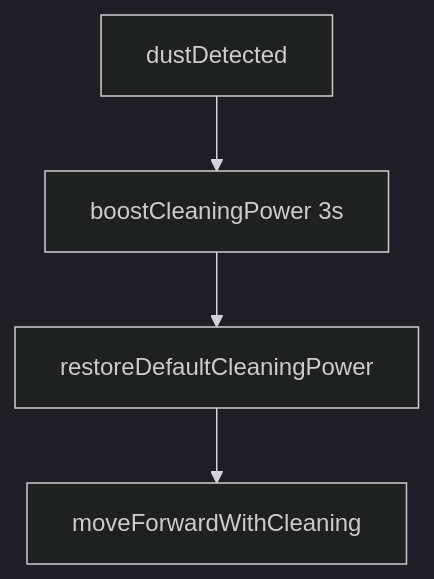
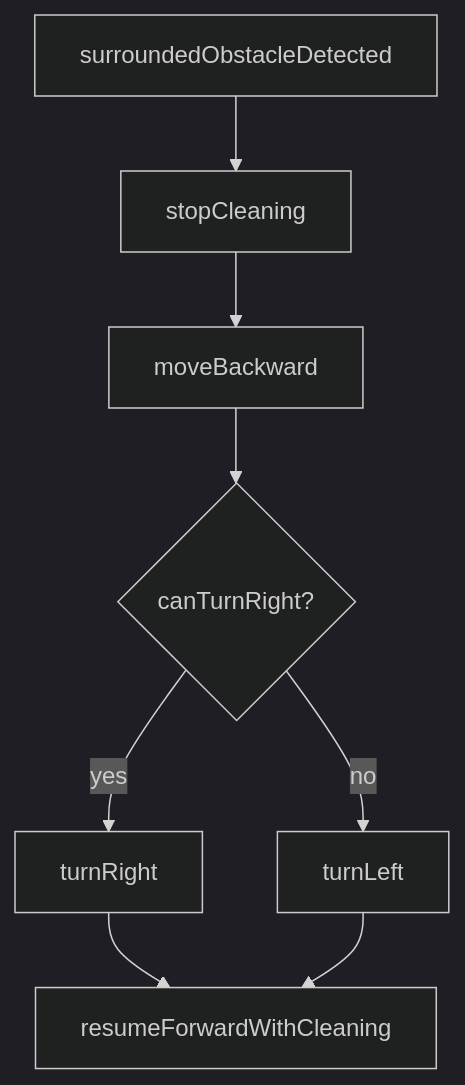
Before and after one commit to yul2yak/rvc_control_ooad: the first of 3 diagrams in docs/OOA/UseCases/UC-004.md, drawn with Mermaid (dark theme). The commit also changed other lines of this file and 9 other files, not shown here.

Commit message:
Use Case Diagram 추가, 스킬 추가

````diff
--- a/docs/OOA/UseCases/UC-004.md
+++ b/docs/OOA/UseCases/UC-004.md
@@ -46,6 +60,10 @@
 ```mermaid
 flowchart TD
-  Start[dustDetected] --> Boost[boostCleaningPower 3s]
-  Boost --> Restore[restoreDefaultCleaningPower]
-  Restore --> Continue[moveForwardWithCleaning]
+  Start[surroundedObstacleDetected] --> Stop[stopCleaning]
+  Stop --> Back[moveBackward]
+  Back --> Check{canTurnRight?}
+  Check -->|yes| TryR[turnRight]
+  Check -->|no| TryL[turnLeft]
+  TryR --> Resume[resumeForwardWithCleaning]
+  TryL --> Resume
 ```
````
